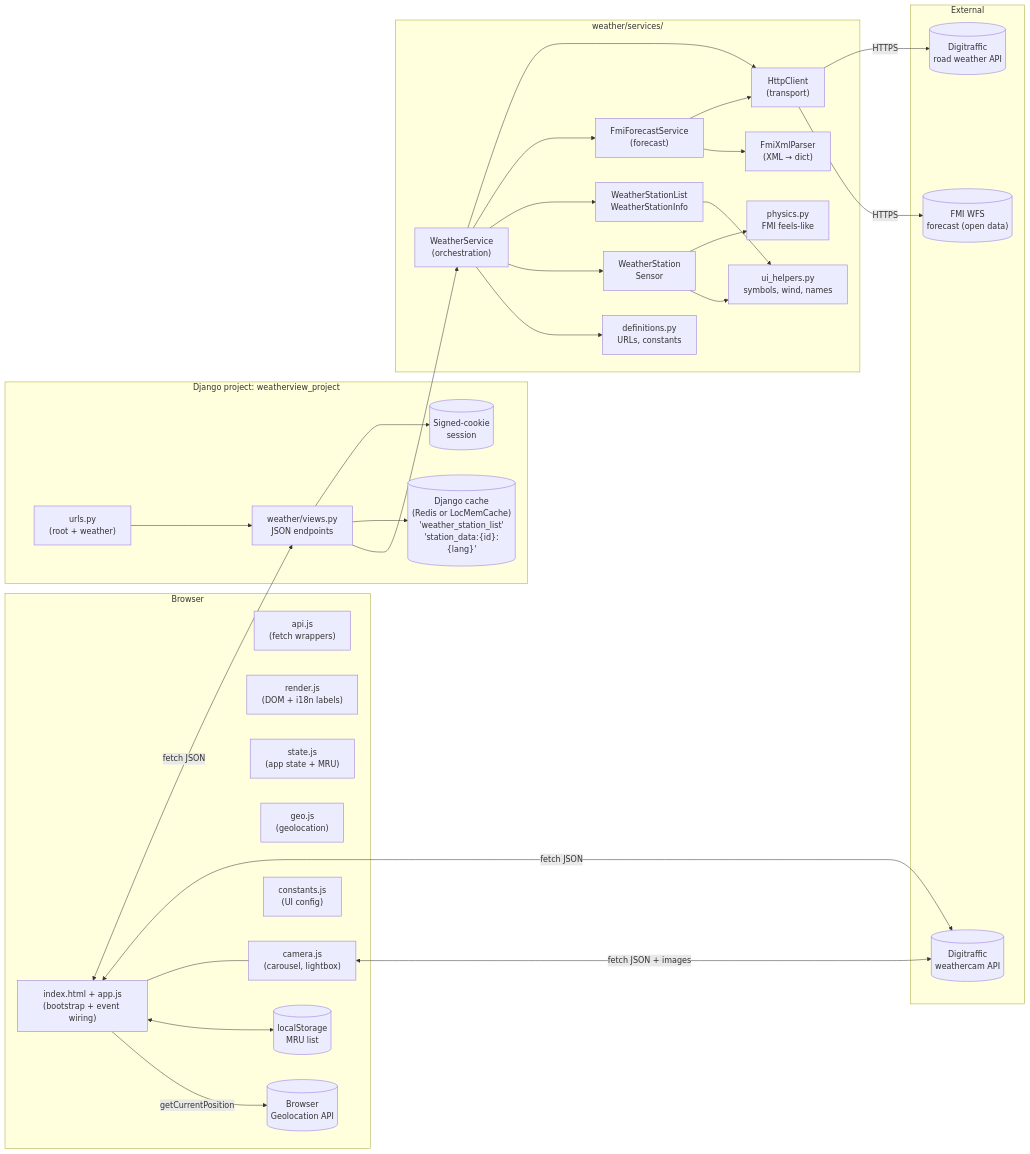
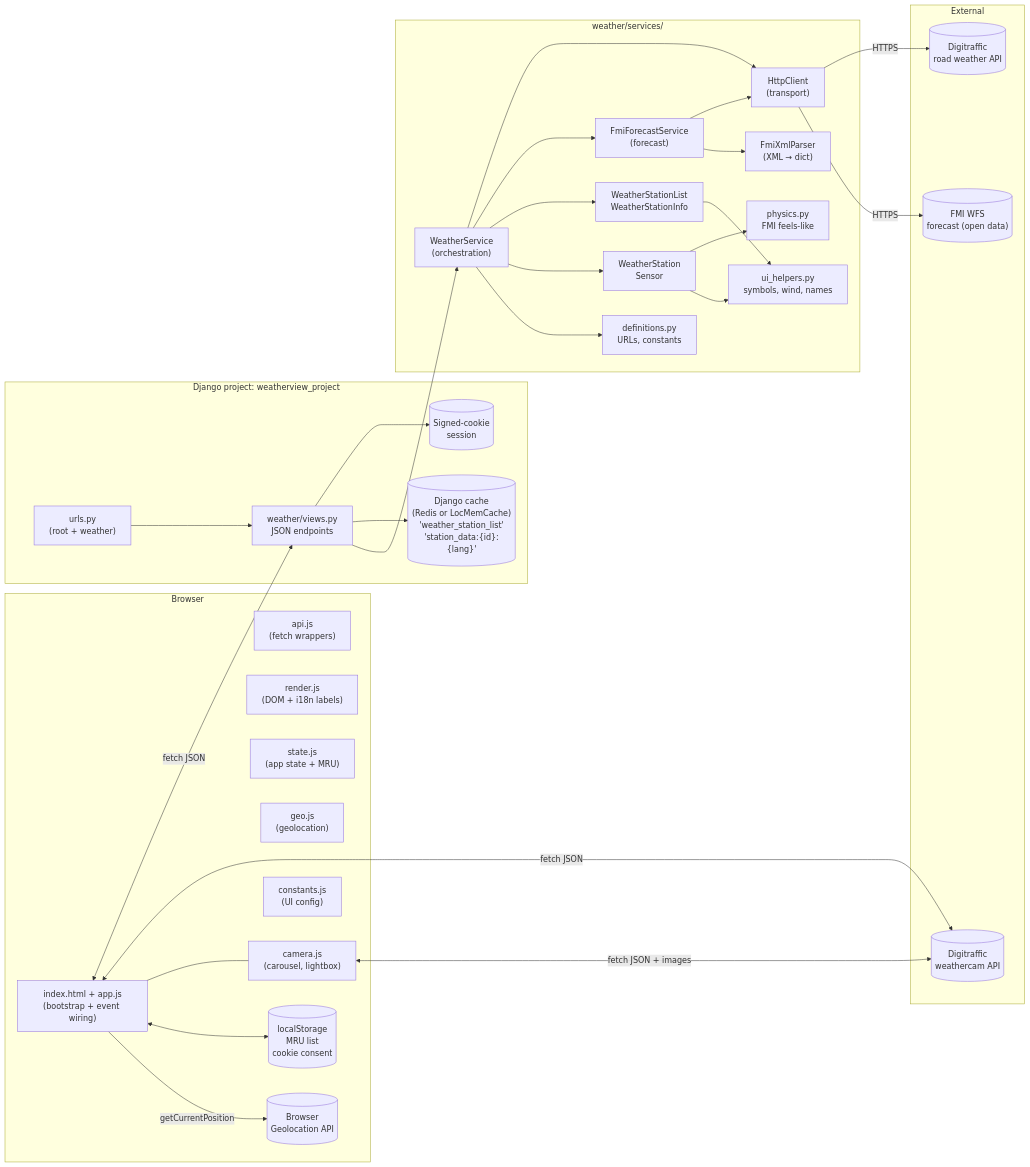
The first of 9 diagrams in docs/ARCHITECTURE.md (jjankkil/weatherview-django), drawn with Mermaid before and after one commit. The commit also changed other lines of this file and 2 other files, not shown here.

Commit message:
docs: update for GDPR fixes (TRUSTED_PROXY_IPS, session age, middleware, cookie consent)

````diff
--- a/docs/ARCHITECTURE.md
+++ b/docs/ARCHITECTURE.md
@@ -20,62 +20,62 @@
 ```mermaid
 flowchart LR
     subgraph Browser
         UI["index.html + app.js<br/>(bootstrap + event wiring)"]
         APIJS["api.js<br/>(fetch wrappers)"]
         RENDER["render.js<br/>(DOM + i18n labels)"]
         STATE["state.js<br/>(app state + MRU)"]
         GEOJS["geo.js<br/>(geolocation)"]
         CAM["camera.js<br/>(carousel, lightbox)"]
         CONST["constants.js<br/>(UI config)"]
-        LS[("localStorage<br/>MRU list")]
+        LS[("localStorage<br/>MRU list<br/>cookie consent")]
         GEO[("Browser<br/>Geolocation API")]
     end
 
     subgraph Django["Django project: weatherview_project"]
         URLS["urls.py<br/>(root + weather)"]
         VIEWS["weather/views.py<br/>JSON endpoints"]
         SESSION[("Signed-cookie<br/>session")]
         CACHE[("Django cache<br/>(Redis or LocMemCache)<br/>'weather_station_list'<br/>'station_data:{id}:{lang}'")]
     end
 
     subgraph Services["weather/services/"]
         HC["HttpClient<br/>(transport)"]
         FMIP["FmiXmlParser<br/>(XML → dict)"]
         FMIFS["FmiForecastService<br/>(forecast)"]
         WS["WeatherService<br/>(orchestration)"]
         SL["WeatherStationList<br/>WeatherStationInfo"]
         WST["WeatherStation<br/>Sensor"]
         PHY["physics.py<br/>FMI feels-like"]
         UIH["ui_helpers.py<br/>symbols, wind, names"]
         DEF["definitions.py<br/>URLs, constants"]
     end
 
     subgraph External
         DT[("Digitraffic<br/>road weather API")]
         DTCam[("Digitraffic<br/>weathercam API")]
         FMI_WFS[("FMI WFS<br/>forecast (open data)")]
     end
 
     UI <-->|fetch JSON| VIEWS
     UI <-->|fetch JSON| DTCam
     UI --- CAM
     CAM <-->|fetch JSON + images| DTCam
     UI <--> LS
     UI -->|getCurrentPosition| GEO
     URLS --> VIEWS
     VIEWS --> SESSION
     VIEWS --> CACHE
     VIEWS --> WS
     WS --> HC
     WS --> FMIFS
     WS --> SL
     WS --> WST
     FMIFS --> HC
     FMIFS --> FMIP
     HC -->|HTTPS| DT
     HC -->|HTTPS| FMI_WFS
     WST --> PHY
     WST --> UIH
     SL --> UIH
     WS --> DEF
 ```
````
